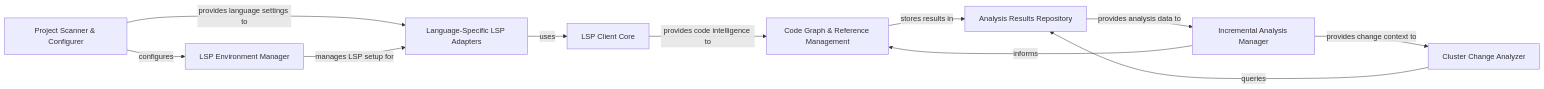
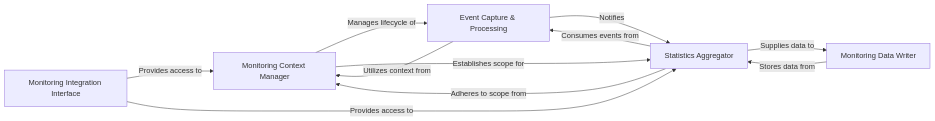
One commit to CodeBoarding/CodeBoarding changed the fourth of 9 diagrams in docs/development/architecture.md. Above: the diagram before and after it, drawn with Mermaid. The commit also changed other lines of this file and 18 other files, not shown here.

First line of the commit message:
docs: update codeboarding documentation and generate architecture

````diff
--- a/docs/development/architecture.md
+++ b/docs/development/architecture.md
@@ -230,21 +248,18 @@
 ```mermaid
 graph LR
-    Project_Scanner_Configurer["Project Scanner & Configurer"]
-    LSP_Client_Core["LSP Client Core"]
-    Language_Specific_LSP_Adapters["Language-Specific LSP Adapters"]
-    LSP_Environment_Manager["LSP Environment Manager"]
-    Code_Graph_Reference_Management["Code Graph & Reference Management"]
-    Analysis_Results_Repository["Analysis Results Repository"]
-    Incremental_Analysis_Manager["Incremental Analysis Manager"]
-    Cluster_Change_Analyzer["Cluster Change Analyzer"]
-    Project_Scanner_Configurer -- "configures" --> LSP_Environment_Manager
-    Project_Scanner_Configurer -- "provides language settings to" --> Language_Specific_LSP_Adapters
-    LSP_Environment_Manager -- "manages LSP setup for" --> Language_Specific_LSP_Adapters
-    Language_Specific_LSP_Adapters -- "uses" --> LSP_Client_Core
-    LSP_Client_Core -- "provides code intelligence to" --> Code_Graph_Reference_Management
-    Code_Graph_Reference_Management -- "stores results in" --> Analysis_Results_Repository
-    Analysis_Results_Repository -- "provides analysis data to" --> Incremental_Analysis_Manager
-    Incremental_Analysis_Manager -- "informs" --> Code_Graph_Reference_Management
-    Incremental_Analysis_Manager -- "provides change context to" --> Cluster_Change_Analyzer
-    Cluster_Change_Analyzer -- "queries" --> Analysis_Results_Repository
+    Monitoring_Context_Manager["Monitoring Context Manager"]
+    Event_Capture_Processing["Event Capture & Processing"]
+    Statistics_Aggregator["Statistics Aggregator"]
+    Monitoring_Data_Writer["Monitoring Data Writer"]
+    Monitoring_Integration_Interface["Monitoring Integration Interface"]
+    Monitoring_Context_Manager -- "Manages lifecycle of" --> Event_Capture_Processing
+    Event_Capture_Processing -- "Utilizes context from" --> Monitoring_Context_Manager
+    Monitoring_Context_Manager -- "Establishes scope for" --> Statistics_Aggregator
+    Statistics_Aggregator -- "Adheres to scope from" --> Monitoring_Context_Manager
+    Event_Capture_Processing -- "Notifies" --> Statistics_Aggregator
+    Statistics_Aggregator -- "Consumes events from" --> Event_Capture_Processing
+    Statistics_Aggregator -- "Supplies data to" --> Monitoring_Data_Writer
+    Monitoring_Data_Writer -- "Stores data from" --> Statistics_Aggregator
+    Monitoring_Integration_Interface -- "Provides access to" --> Monitoring_Context_Manager
+    Monitoring_Integration_Interface -- "Provides access to" --> Statistics_Aggregator
 ```
````
